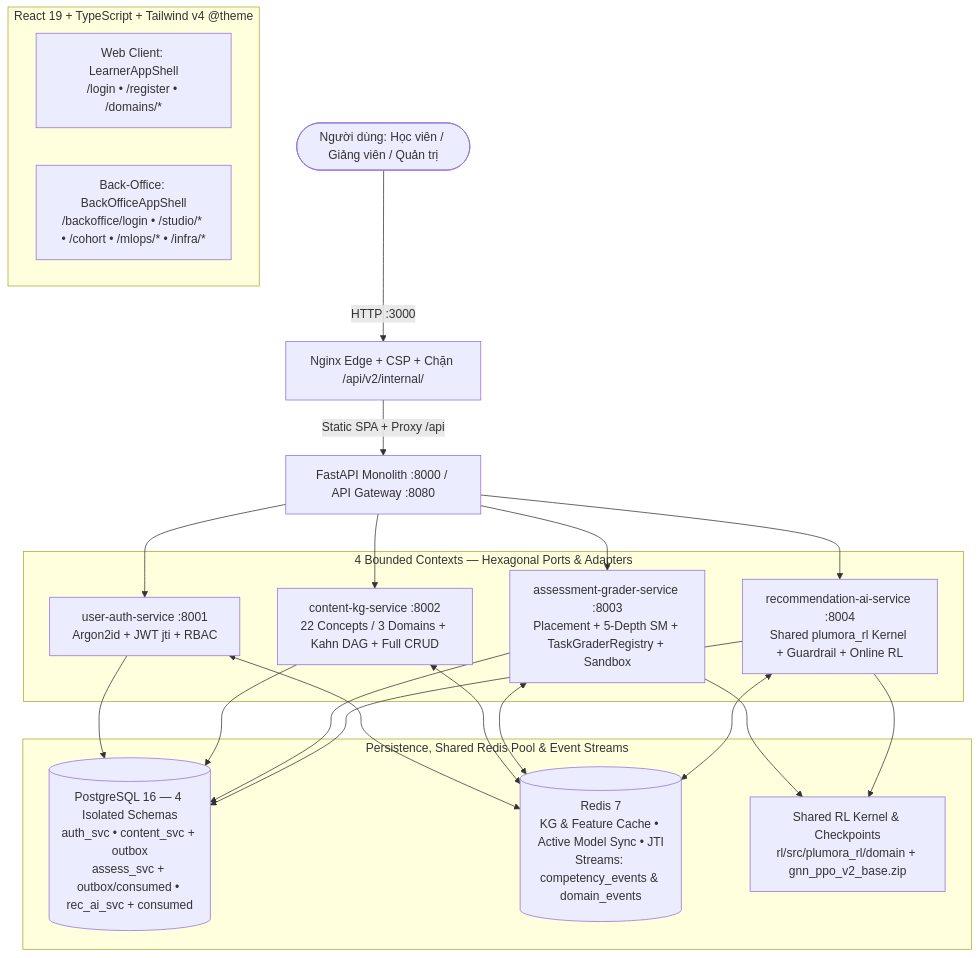
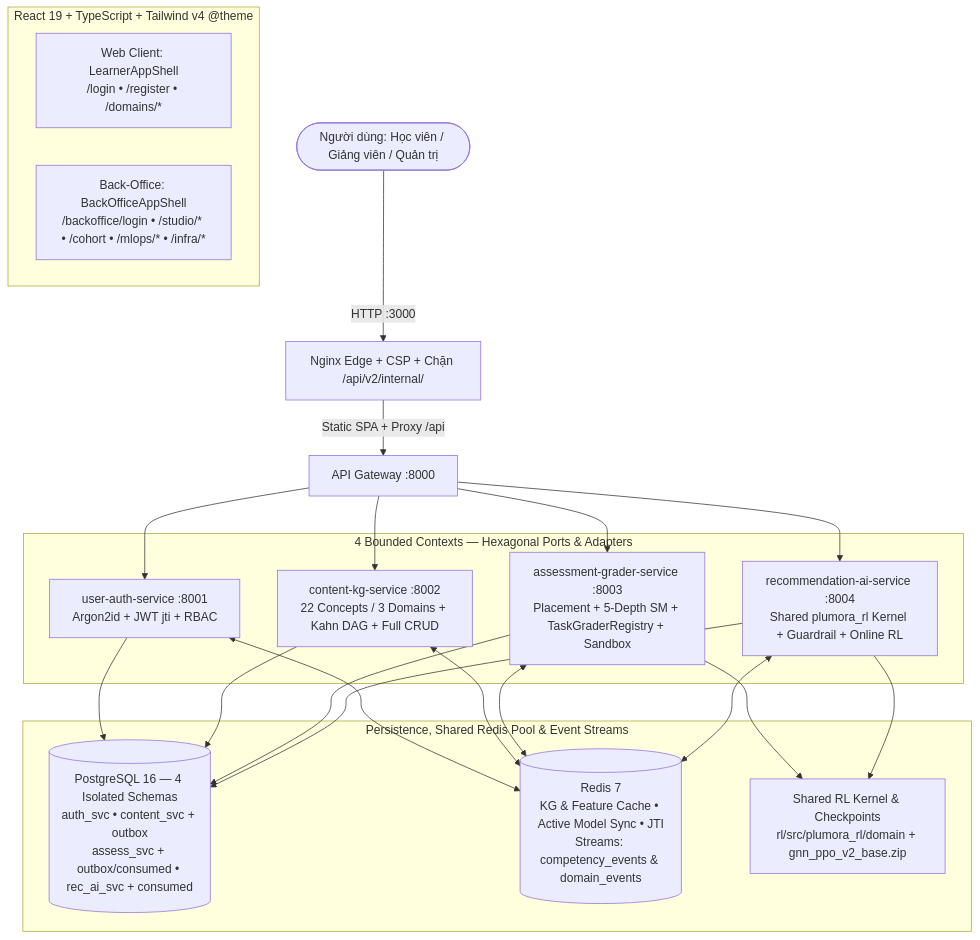
Before and after one commit to diepvanhieu25-tech/plumora: the third of 3 diagrams in README.md, drawn with Mermaid. The commit also changed other lines of this file and 61 other files, not shown here.

Commit message:
fix(platform): unify v3.1 microservices architecture, retrain GNN-PPO, and harden sandbox/CI

````diff
--- a/README.md
+++ b/README.md
@@ -91,40 +91,40 @@
 ```mermaid
 flowchart TB
     User(["Người dùng: Học viên / Giảng viên / Quản trị"]) -->|"HTTP :3000"| Nginx["Nginx Edge + CSP + Chặn /api/v2/internal/"]
 
     subgraph Frontend_SPA["React 19 + TypeScript + Tailwind v4 @theme"]
         WC["Web Client: LearnerAppShell\n/login • /register • /domains/*"]
         BO["Back-Office: BackOfficeAppShell\n/backoffice/login • /studio/* • /cohort • /mlops/* • /infra/*"]
     end
 
-    Nginx -->|"Static SPA + Proxy /api"| GW["FastAPI Monolith :8000 / API Gateway :8080"]
+    Nginx -->|"Static SPA + Proxy /api"| GW["API Gateway :8000"]
 
     subgraph Services_Layer["4 Bounded Contexts — Hexagonal Ports & Adapters"]
         S1["user-auth-service :8001\nArgon2id + JWT jti + RBAC"]
         S2["content-kg-service :8002\n22 Concepts / 3 Domains + Kahn DAG + Full CRUD"]
         S3["assessment-grader-service :8003\nPlacement + 5-Depth SM + TaskGraderRegistry + Sandbox"]
         S4["recommendation-ai-service :8004\nShared plumora_rl Kernel + Guardrail + Online RL"]
     end
 
     GW --> S1
     GW --> S2
     GW --> S3
     GW --> S4
 
     subgraph Data_and_Event_Bus["Persistence, Shared Redis Pool & Event Streams"]
         PG[("PostgreSQL 16 — 4 Isolated Schemas\nauth_svc • content_svc + outbox\nassess_svc + outbox/consumed • rec_ai_svc + consumed")]
         RD[("Redis 7\nKG & Feature Cache • Active Model Sync • JTI\nStreams: competency_events & domain_events")]
         RLCore["Shared RL Kernel & Checkpoints\nrl/src/plumora_rl/domain + gnn_ppo_v2_base.zip"]
     end
 
     S1 --> PG
     S2 --> PG
     S3 --> PG
     S4 --> PG
     S1 <--> RD
     S2 <--> RD
     S3 <--> RD
     S4 <--> RD
     S3 --> RLCore
     S4 --> RLCore
 ```
````
